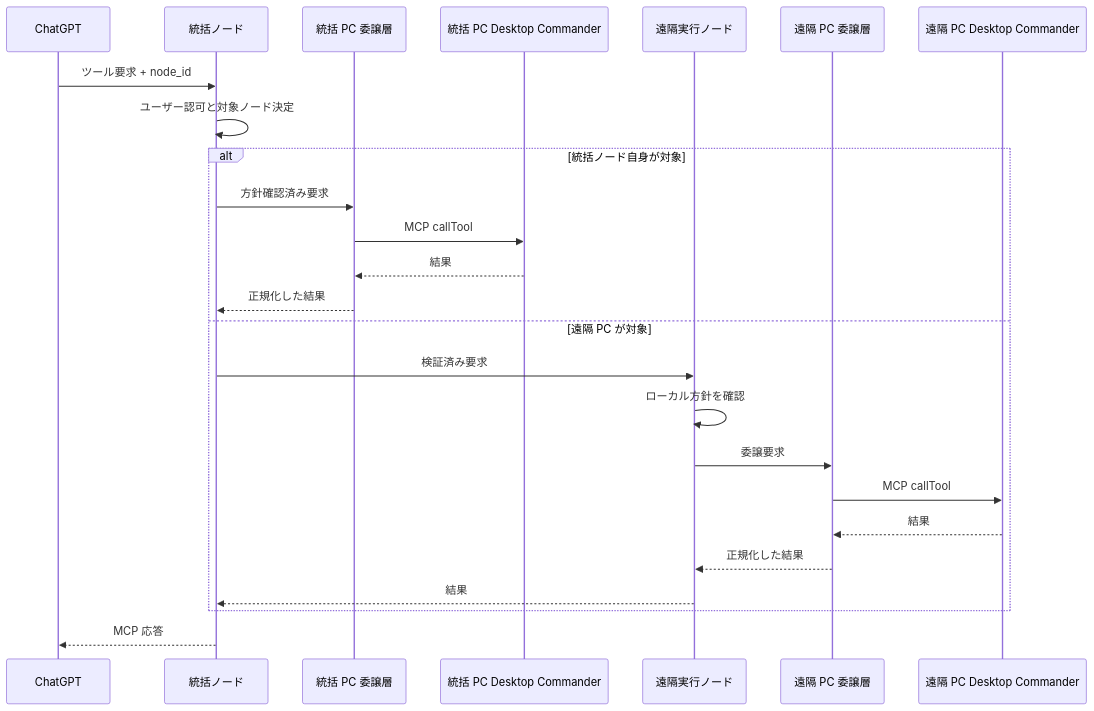
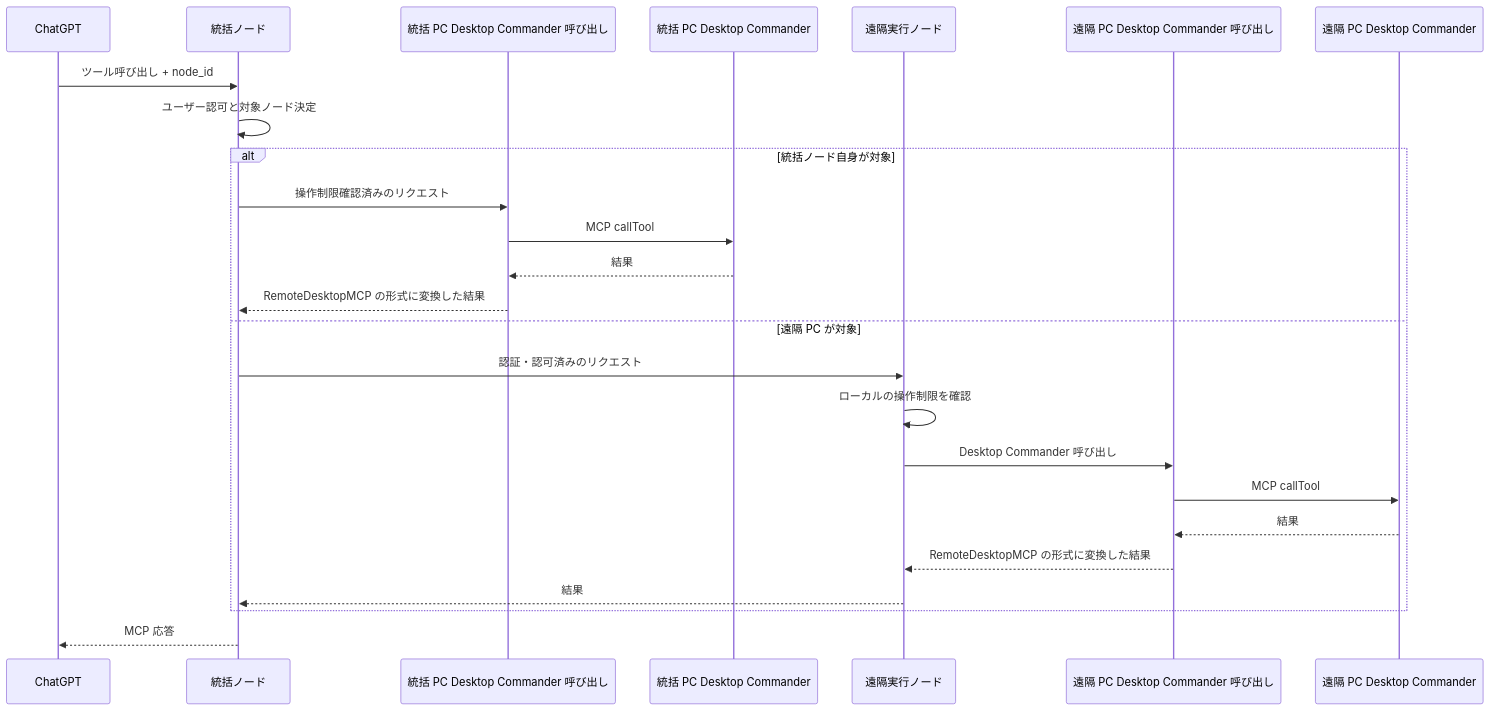
The second of 2 diagrams in doc/design/multi-pc-architecture.md (ssaattww/RemoteDesktopMCP), drawn with Mermaid before and after one commit. The commit also changed other lines of this file and 3 other files, not shown here.

````diff
--- a/doc/design/multi-pc-architecture.md
+++ b/doc/design/multi-pc-architecture.md
@@ -253,28 +252,28 @@
 ```mermaid
 sequenceDiagram
     participant U as ChatGPT
     participant C as 統括ノード
-    participant LA as 統括 PC 委譲層
+    participant LA as 統括 PC Desktop Commander 呼び出し
     participant LD as 統括 PC Desktop Commander
     participant R as 遠隔実行ノード
-    participant RA as 遠隔 PC 委譲層
+    participant RA as 遠隔 PC Desktop Commander 呼び出し
     participant RD as 遠隔 PC Desktop Commander
 
-    U->>C: ツール要求 + node_id
+    U->>C: ツール呼び出し + node_id
     C->>C: ユーザー認可と対象ノード決定
     alt 統括ノード自身が対象
-        C->>LA: 方針確認済み要求
+        C->>LA: 操作制限確認済みのリクエスト
         LA->>LD: MCP callTool
         LD-->>LA: 結果
-        LA-->>C: 正規化した結果
+        LA-->>C: RemoteDesktopMCP の形式に変換した結果
     else 遠隔 PC が対象
-        C->>R: 検証済み要求
-        R->>R: ローカル方針を確認
-        R->>RA: 委譲要求
+        C->>R: 認証・認可済みのリクエスト
+        R->>R: ローカルの操作制限を確認
+        R->>RA: Desktop Commander 呼び出し
         RA->>RD: MCP callTool
         RD-->>RA: 結果
-        RA-->>R: 正規化した結果
+        RA-->>R: RemoteDesktopMCP の形式に変換した結果
         R-->>C: 結果
     end
     C-->>U: MCP 応答
 ```
````
